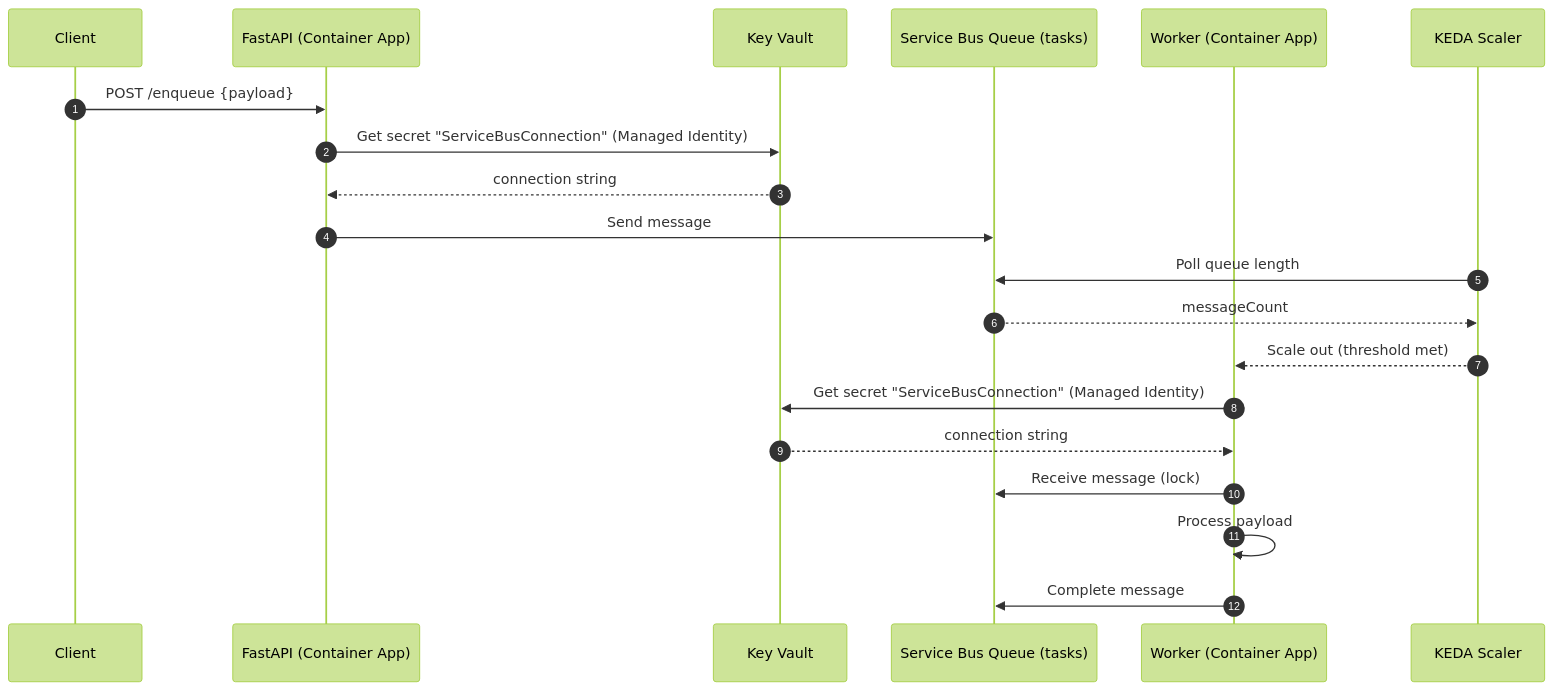
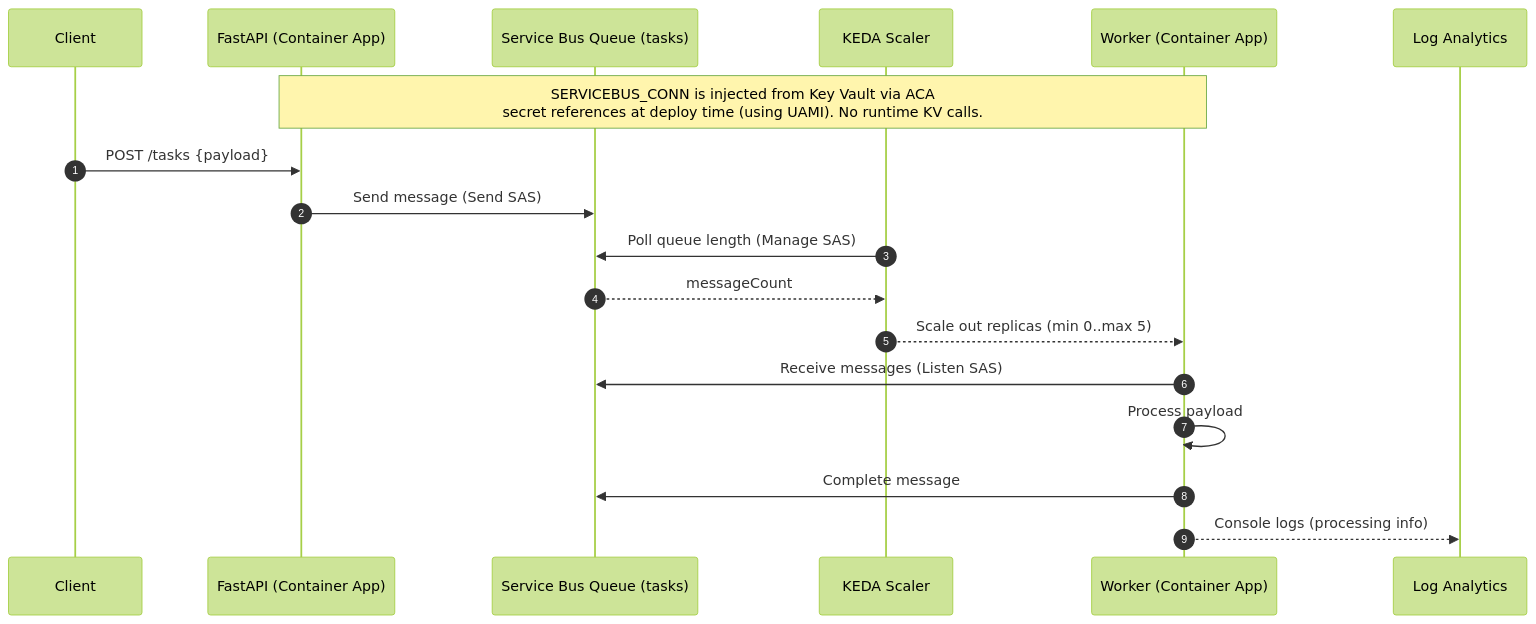
The diagram in readme.md (steve-sibi/azure-devsecops-aca), drawn with Mermaid (forest theme) before and after one commit. The commit also changed other lines of this file, not shown here.

````diff
--- a/readme.md
+++ b/readme.md
@@ -51,25 +45,25 @@
 ```mermaid
 sequenceDiagram
   autonumber
   participant C as Client
   participant API as FastAPI (Container App)
-  participant KV as Key Vault
   participant SB as Service Bus Queue (tasks)
+  participant KEDA as KEDA Scaler
   participant W as Worker (Container App)
-  participant KEDA as KEDA Scaler
+  participant LA as Log Analytics
 
-  C->>API: POST /enqueue {payload}
-  API->>KV: Get secret "ServiceBusConnection" (Managed Identity)
-  KV-->>API: connection string
-  API->>SB: Send message
+  Note over API,W: SERVICEBUS_CONN is injected from Key Vault via ACA<br/>secret references at deploy time (using UAMI). No runtime KV calls.
 
-  KEDA->>SB: Poll queue length
+  C->>API: POST /tasks {payload}
+  API->>SB: Send message (Send SAS)
+
+  KEDA->>SB: Poll queue length (Manage SAS)
   SB-->>KEDA: messageCount
-  KEDA-->>W: Scale out (threshold met)
+  KEDA-->>W: Scale out replicas (min 0..max 5)
 
-  W->>KV: Get secret "ServiceBusConnection" (Managed Identity)
-  KV-->>W: connection string
-  W->>SB: Receive message (lock)
+  W->>SB: Receive messages (Listen SAS)
   W->>W: Process payload
   W->>SB: Complete message
+  W-->>LA: Console logs (processing info)
+
 ```
````
